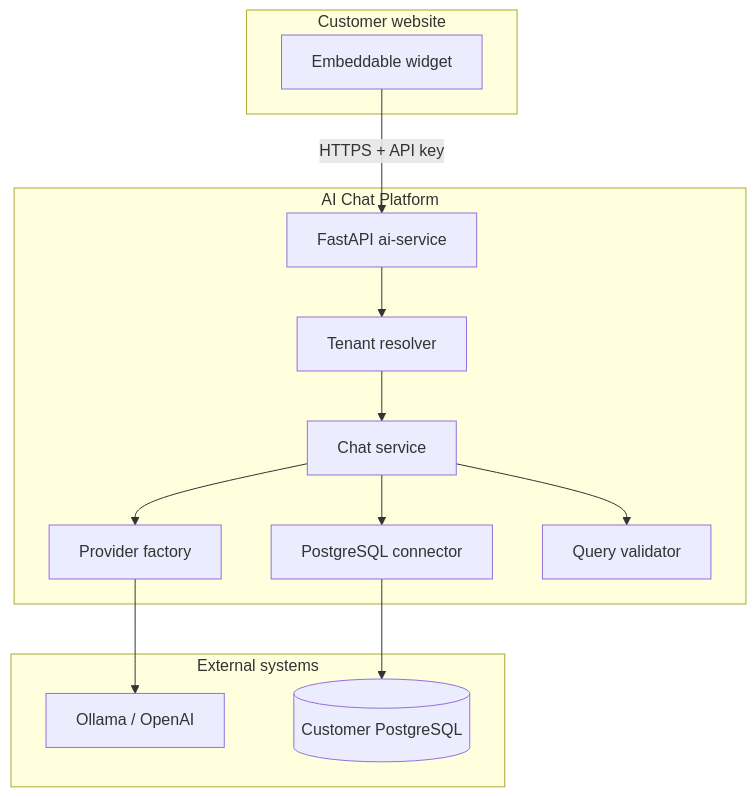
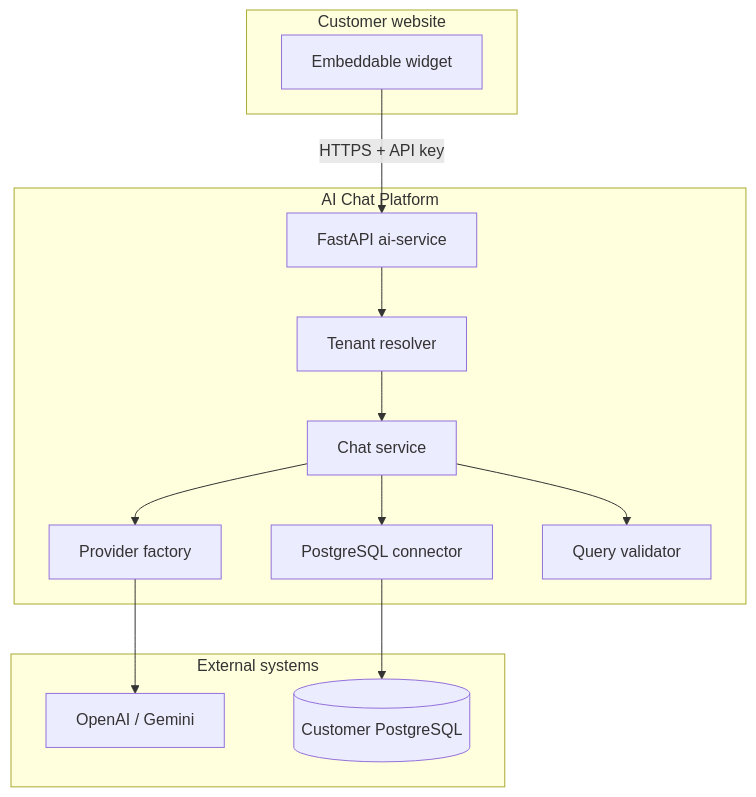
The first of 2 diagrams in docs/architecture.md (Parveen-dev07/Python-AI-Chat-Model), drawn with Mermaid before and after one commit. The commit also changed 64 other files, not shown here.

````diff
--- a/docs/architecture.md
+++ b/docs/architecture.md
@@ -7,26 +7,26 @@
 ```mermaid
 flowchart TB
   subgraph client [Customer website]
     W[Embeddable widget]
   end
   subgraph platform [AI Chat Platform]
     API[FastAPI ai-service]
     TR[Tenant resolver]
     CS[Chat service]
     PV[Provider factory]
     DBI[PostgreSQL connector]
     QV[Query validator]
   end
   subgraph external [External systems]
-    OLL[Ollama / OpenAI]
+    LLM[OpenAI / Gemini]
     PG[(Customer PostgreSQL)]
   end
   W -->|HTTPS + API key| API
   API --> TR
   TR --> CS
   CS --> PV
-  PV --> OLL
+  PV --> LLM
   CS --> QV
   CS --> DBI
   DBI --> PG
 ```
````
